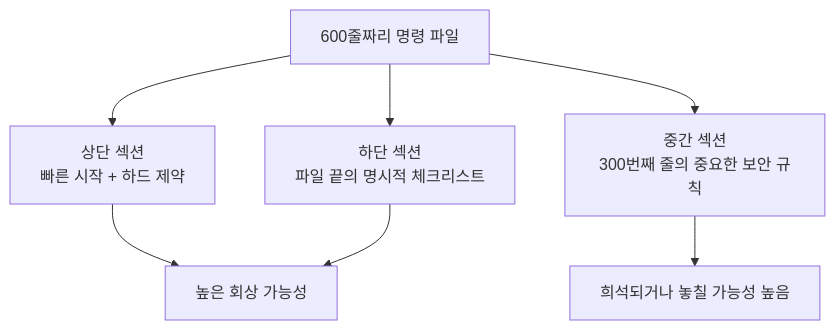
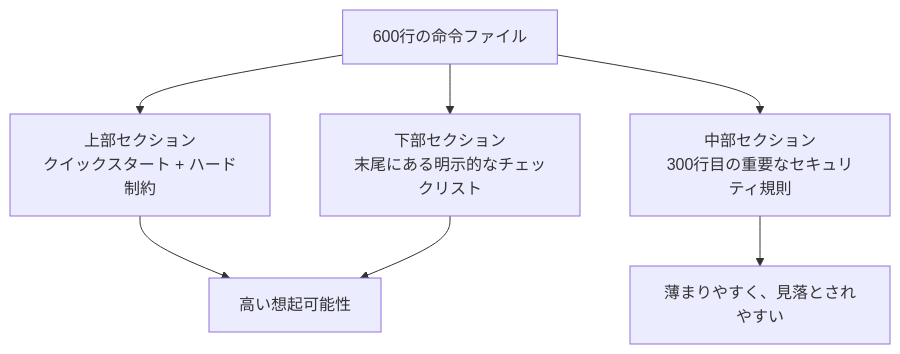
Before and after one commit to mkusaka/learn-harness-engineering: the second of 2 diagrams in docs/ko/lectures/lecture-04-why-one-giant-instruction-file-fails/index.md, drawn with Mermaid. The commit also changed other lines of this file and 571 other files, not shown here.

````diff
--- a/docs/ko/lectures/lecture-04-why-one-giant-instruction-file-fails/index.md
+++ b/docs/ko/lectures/lecture-04-why-one-giant-instruction-file-fails/index.md
@@ -48,9 +48,9 @@
 ```mermaid
 flowchart TB
-    File["600줄짜리 명령 파일"] --> Top["상단 섹션<br/>빠른 시작 + 하드 제약"]
-    File --> Mid["중간 섹션<br/>300번째 줄의 중요한 보안 규칙"]
-    File --> Bot["하단 섹션<br/>파일 끝의 명시적 체크리스트"]
-    Top --> Seen["높은 회상 가능성"]
+    File["600行の命令ファイル"] --> Top["上部セクション<br/>クイックスタート + ハード制約"]
+    File --> Mid["中部セクション<br/>300行目の重要なセキュリティ規則"]
+    File --> Bot["下部セクション<br/>末尾にある明示的なチェックリスト"]
+    Top --> Seen["高い想起可能性"]
     Bot --> Seen
-    Mid --> Missed["희석되거나 놓칠 가능성 높음"]
+    Mid --> Missed["薄まりやすく、見落とされやすい"]
 ```
````
